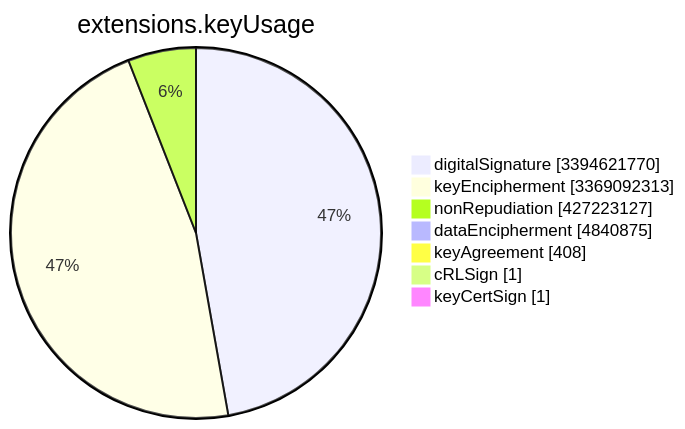
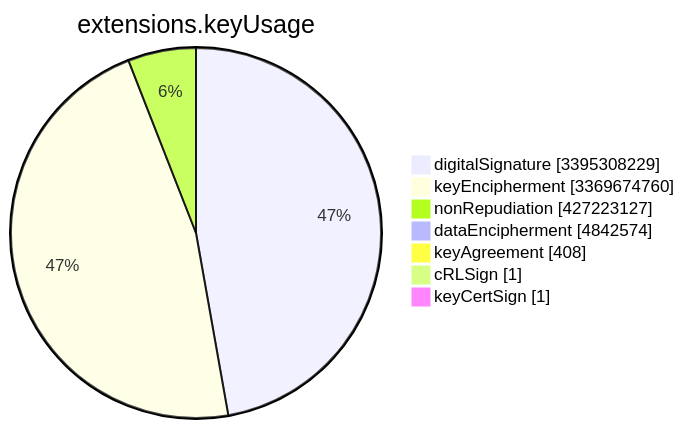
One commit to christiankrug/ctmonitor_visualization changed the sixth of 15 diagrams in TOTAL/README.md. Above: the diagram before and after it, drawn with Mermaid. The commit also changed other lines of this file, not shown here.

````diff
--- a/TOTAL/README.md
+++ b/TOTAL/README.md
@@ -3081,11 +3081,11 @@
 ```mermaid
 pie showData
 title extensions.keyUsage
-"digitalSignature" :3394621770
-"keyEncipherment" :3369092313
+"digitalSignature" :3395308229
+"keyEncipherment" :3369674760
 "nonRepudiation" :427223127
-"dataEncipherment" :4840875
+"dataEncipherment" :4842574
 "keyAgreement" :408
 "cRLSign" :1
 "keyCertSign" :1
 ```
````
